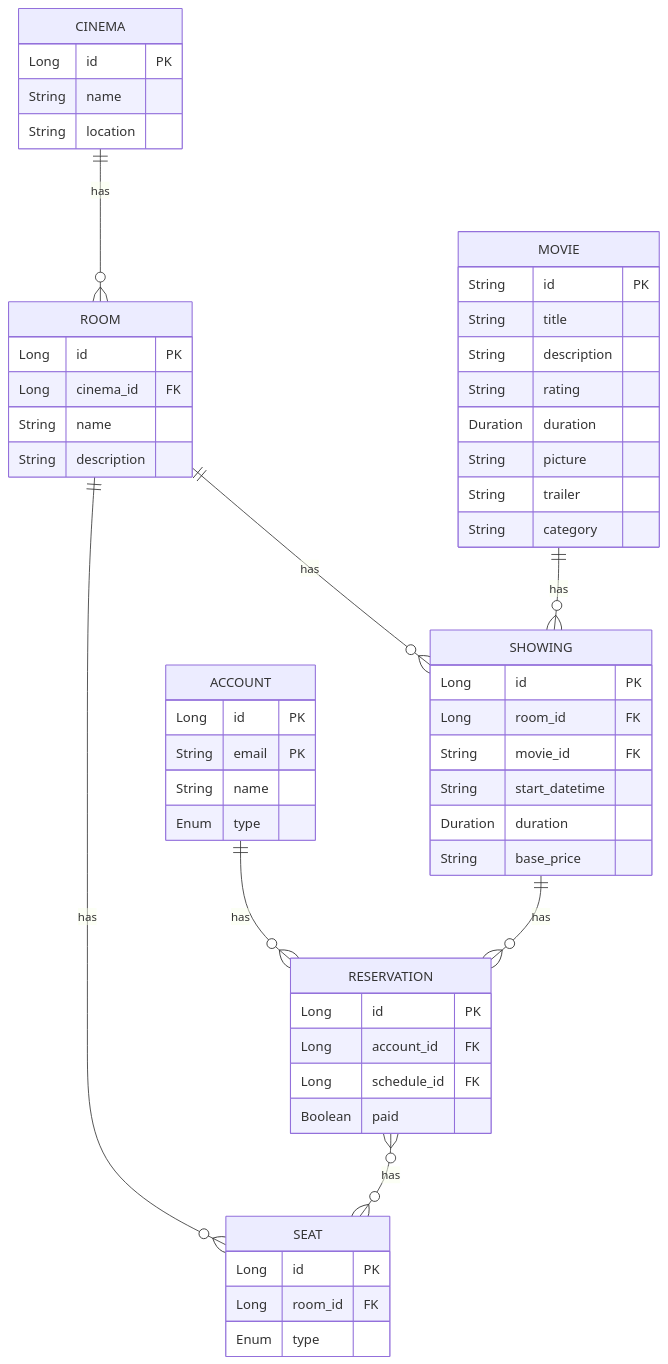
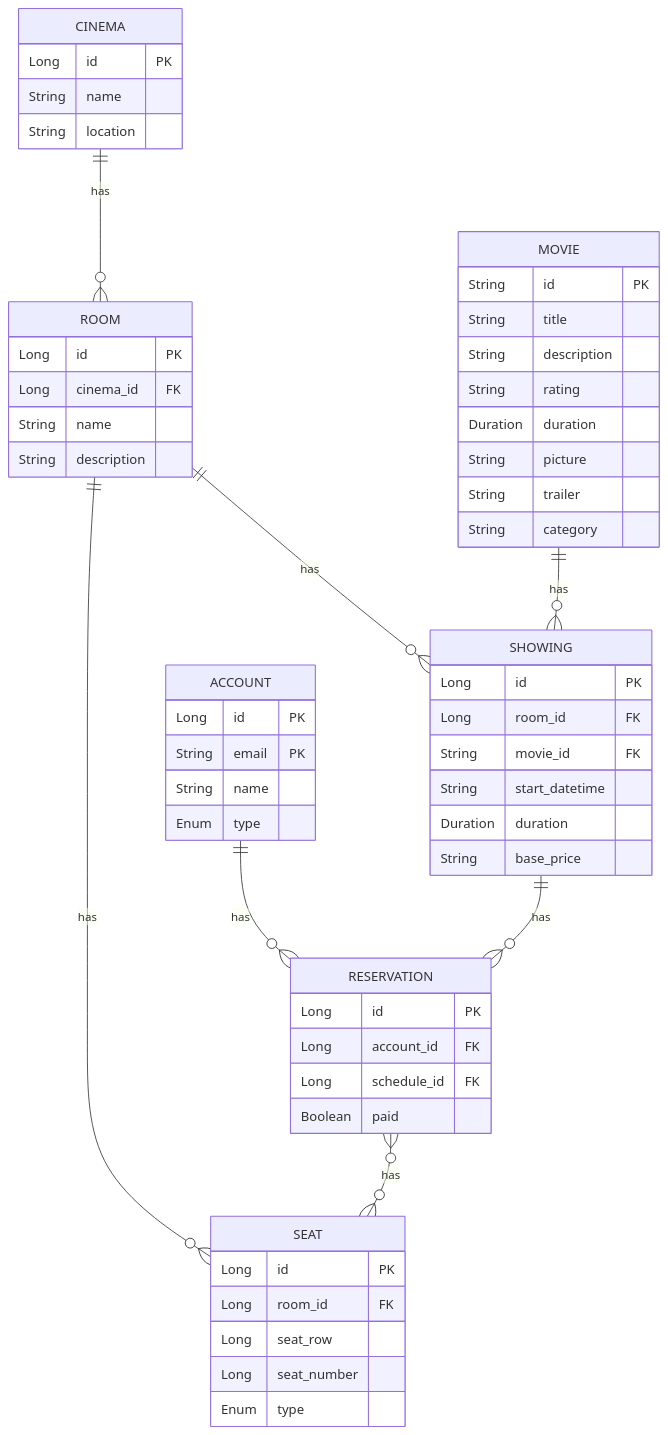
One commit to Krakkerz/Optimaxx-Backend changed the diagram in miscelaneous/er-diagram.md. Above: the diagram before and after it, drawn with Mermaid.

Commit message:
Update ER diagram

````diff
--- a/miscelaneous/er-diagram.md
+++ b/miscelaneous/er-diagram.md
@@ -3,71 +3,74 @@
 ```mermaid
 erDiagram
     CINEMA ||--o{ ROOM : has
     ROOM ||--o{ SEAT : has
     RESERVATION }o--o{ SEAT : has
     MOVIE ||--o{ SHOWING : has
     ROOM ||--o{ SHOWING : has
     SHOWING ||--o{ RESERVATION : has
     ACCOUNT ||--o{ RESERVATION : has  
     
     CINEMA {
         Long id PK
         
         String name
         String location
     }
     
     ROOM {
         Long id PK
         Long cinema_id FK
         
         String name
         String description
     }
     
     SEAT {
         Long id PK
         Long room_id FK
+        
+        Long seat_row
+        Long seat_number
         
         Enum type
     }
     
     MOVIE {
         String id PK
         
         String title
         String description
         String rating
         Duration duration
         String picture
         String trailer
         String category
     }
     
     SHOWING {
         Long id PK
         Long room_id FK
         String movie_id FK
         
         String start_datetime
         Duration duration
         String base_price
     }
     
     RESERVATION {
         Long id PK
         Long account_id FK
         Long schedule_id FK
         
         Boolean paid
     }
     
     ACCOUNT {
         Long id PK
         String email PK
         
         String name
         Enum type
     }
 
 ```
````
